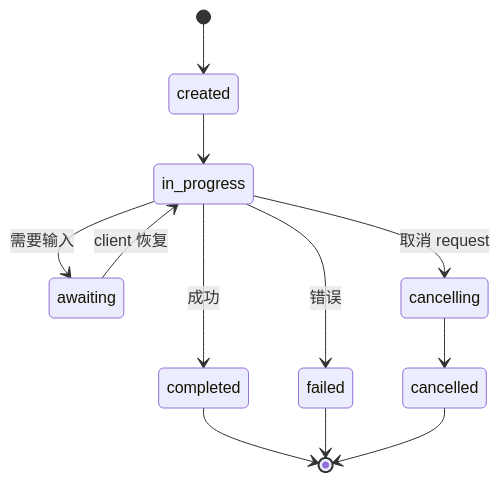
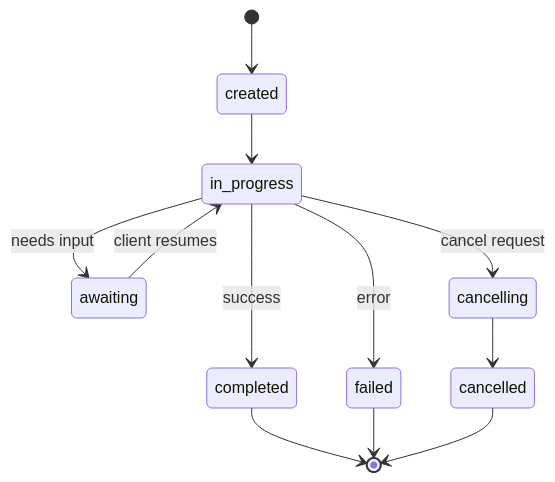
One commit to cluster1900/ai-engineering-from-scratch-zh changed the seventh of 13 diagrams in phases/16-multi-agent-and-swarms/03-communication-protocols/docs/en.md. Above: the diagram before and after it, drawn with Mermaid. The commit also changed other lines of this file and 155 other files, not shown here.

````diff
--- a/phases/16-multi-agent-and-swarms/03-communication-protocols/docs/en.md
+++ b/phases/16-multi-agent-and-swarms/03-communication-protocols/docs/en.md
@@ -355,15 +357,15 @@
 ```mermaid
 stateDiagram-v2
     [*] --> created
     created --> in_progress
-    in_progress --> completed: 成功
-    in_progress --> failed: 错误
-    in_progress --> awaiting: 需要输入
-    awaiting --> in_progress: client 恢复
-    in_progress --> cancelling: 取消 request
+    in_progress --> completed: success
+    in_progress --> failed: error
+    in_progress --> awaiting: needs input
+    awaiting --> in_progress: client resumes
+    in_progress --> cancelling: cancel request
     cancelling --> cancelled
 
     completed --> [*]
     failed --> [*]
     cancelled --> [*]
 ```
````
